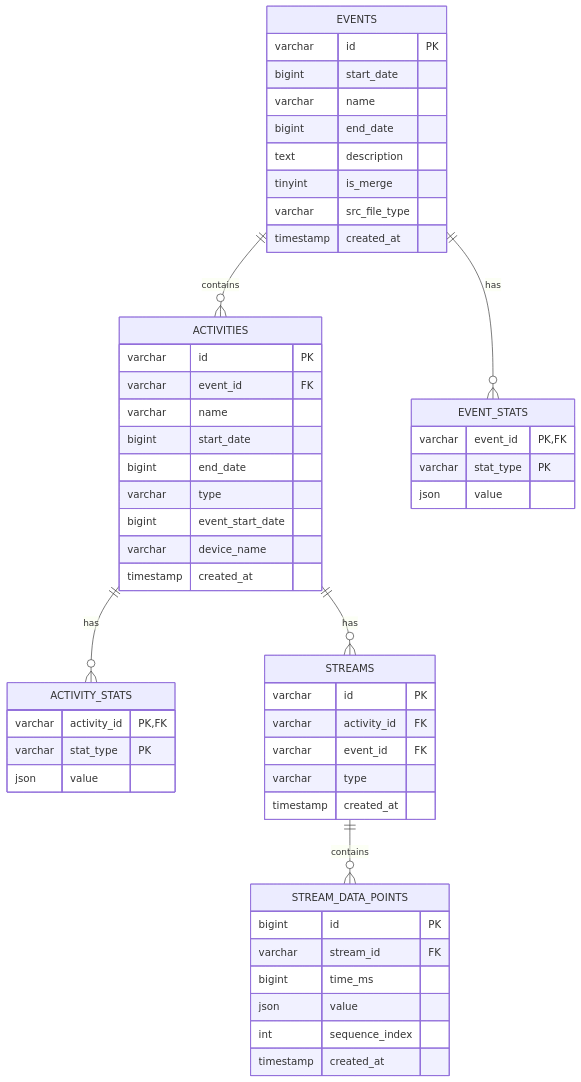
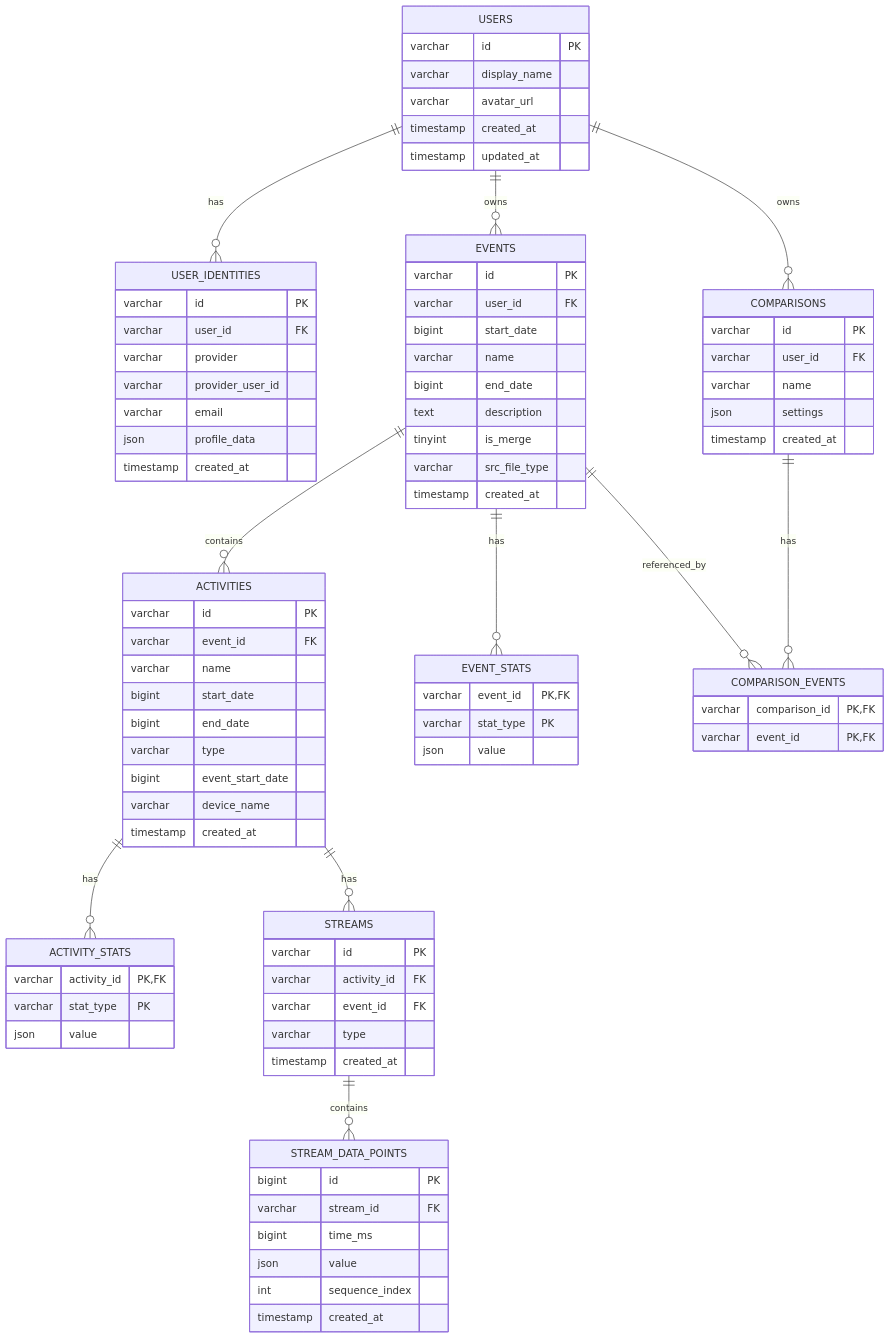
Before and after one commit to luispabon/OpenFitLab: the second of 4 diagrams in docs/ARCHITECTURE.md, drawn with Mermaid. The commit also changed other lines of this file and 3 other files, not shown here.

````diff
--- a/docs/ARCHITECTURE.md
+++ b/docs/ARCHITECTURE.md
@@ -46,13 +50,37 @@
 ```mermaid
 erDiagram
+    USERS ||--o{ USER_IDENTITIES : has
+    USERS ||--o{ EVENTS : owns
+    USERS ||--o{ COMPARISONS : owns
     EVENTS ||--o{ ACTIVITIES : contains
     EVENTS ||--o{ EVENT_STATS : has
+    COMPARISONS ||--o{ COMPARISON_EVENTS : has
+    EVENTS ||--o{ COMPARISON_EVENTS : referenced_by
     ACTIVITIES ||--o{ ACTIVITY_STATS : has
     ACTIVITIES ||--o{ STREAMS : has
     STREAMS ||--o{ STREAM_DATA_POINTS : contains
 
+    USERS {
+        varchar id PK
+        varchar display_name
+        varchar avatar_url
+        timestamp created_at
+        timestamp updated_at
+    }
+
+    USER_IDENTITIES {
+        varchar id PK
+        varchar user_id FK
+        varchar provider
+        varchar provider_user_id
+        varchar email
+        json profile_data
+        timestamp created_at
+    }
+
     EVENTS {
         varchar id PK
+        varchar user_id FK
         bigint start_date
         varchar name
         bigint end_date
@@ -102,4 +130,17 @@
         int sequence_index
         timestamp created_at
     }
+
+    COMPARISONS {
+        varchar id PK
+        varchar user_id FK
+        varchar name
+        json settings
+        timestamp created_at
+    }
+
+    COMPARISON_EVENTS {
+        varchar comparison_id PK,FK
+        varchar event_id PK,FK
+    }
 ```
````
